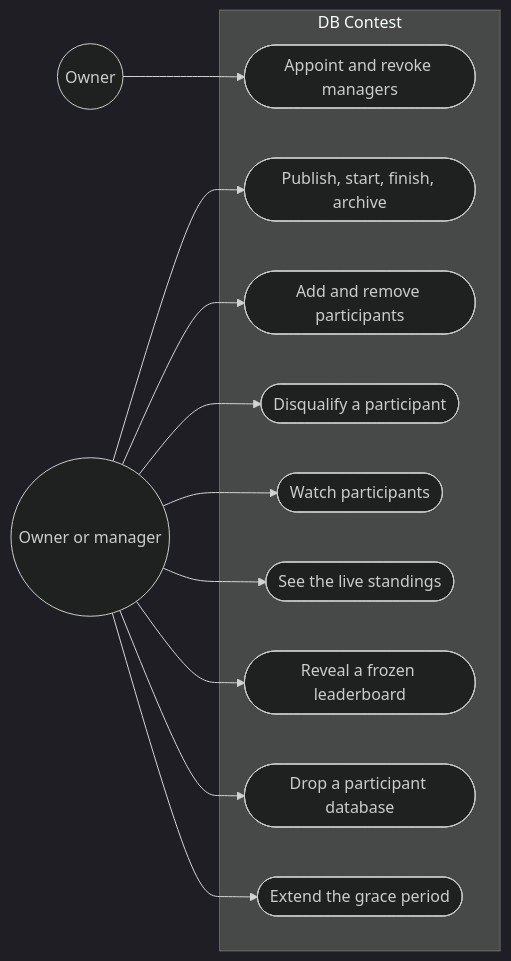
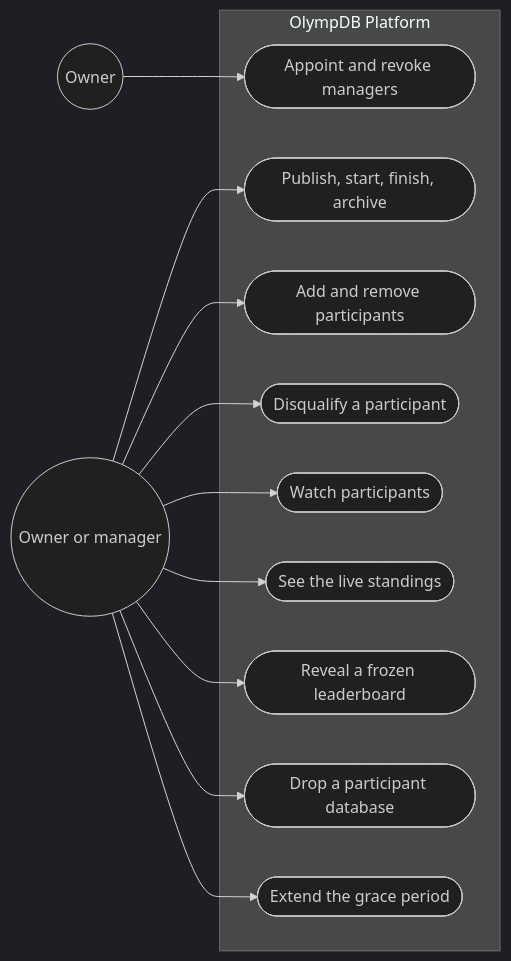
Before and after one commit to devrdn/olymp-db-platform: the fifth of 7 diagrams in docs/guide/02-use-cases.md, drawn with Mermaid (dark theme). The commit also changed other lines of this file and 21 other files, not shown here.

First line of the commit message:
docs: name the project OlympDB Platform in the docs and deploy files

````diff
--- a/docs/guide/02-use-cases.md
+++ b/docs/guide/02-use-cases.md
@@ -304,25 +304,25 @@
 ```mermaid
 flowchart LR
     owner(("Owner"))
     staff(("Owner or manager"))
-    subgraph system["DB Contest"]
+    subgraph system["OlympDB Platform"]
         uc1(["Publish, start, finish, archive"])
         uc2(["Appoint and revoke managers"])
         uc3(["Add and remove participants"])
         uc4(["Disqualify a participant"])
         uc5(["Watch participants"])
         uc6(["See the live standings"])
         uc7(["Reveal a frozen leaderboard"])
         uc8(["Drop a participant database"])
         uc9(["Extend the grace period"])
     end
     owner --> uc2
     staff --> uc1
     staff --> uc3
     staff --> uc4
     staff --> uc5
     staff --> uc6
     staff --> uc7
     staff --> uc8
     staff --> uc9
 ```
````
